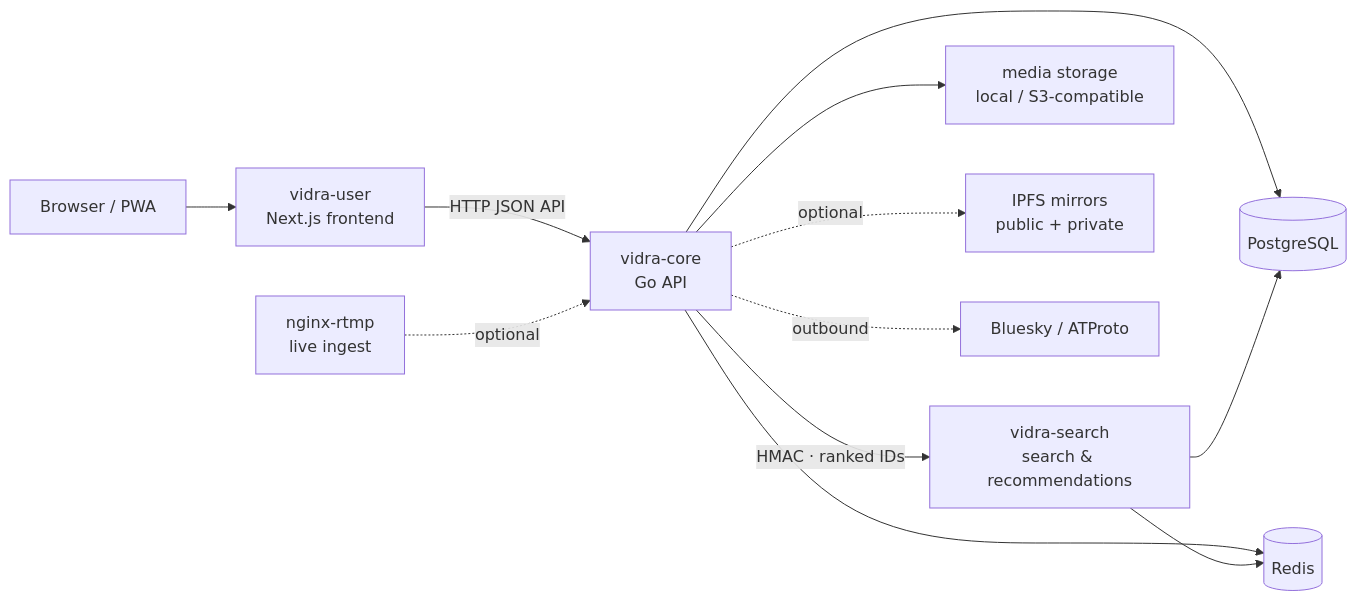
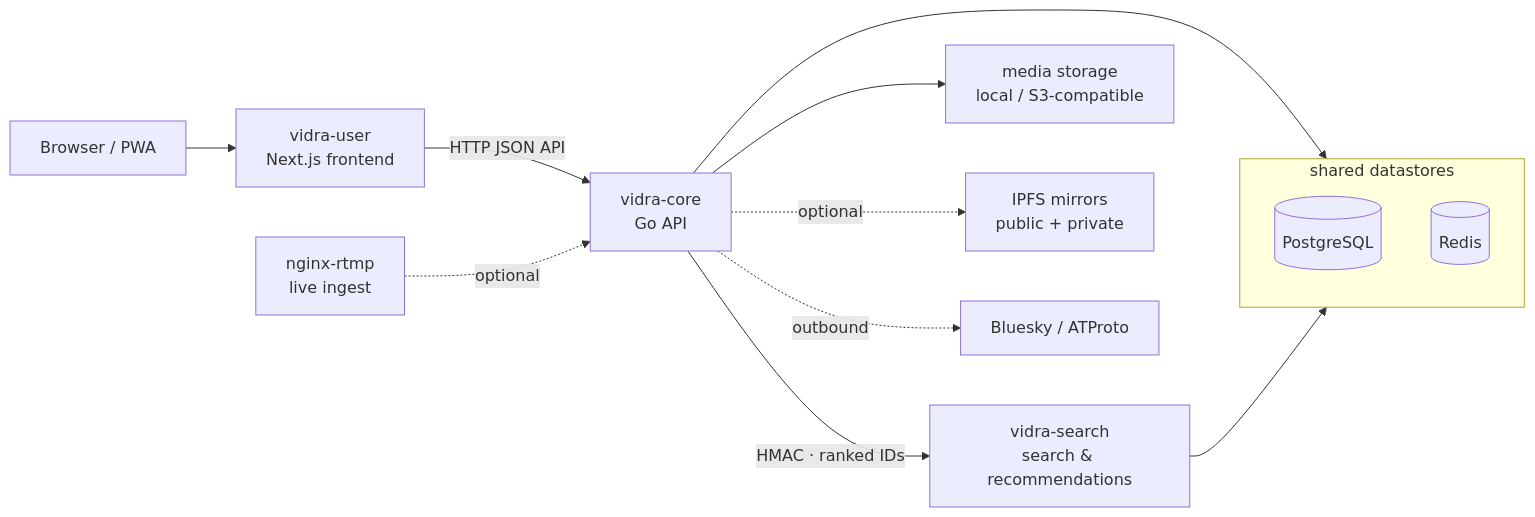
One commit to yegamble/vidra changed the diagram in README.md. Above: the diagram before and after it, drawn with Mermaid.

Commit message:
docs: untangle the architecture diagram — one edge per service to a shared-datastores group
Claude-Session: https://claude.ai/code/session_011WpS2RJarV2tfDFYjYrnFv

````diff
--- a/README.md
+++ b/README.md
@@ -92,14 +92,16 @@
 ```mermaid
 flowchart LR
     B["Browser / PWA"] --> U["vidra-user<br/>Next.js frontend"]
     U -->|"HTTP JSON API"| C["vidra-core<br/>Go API"]
-    C --> P[("PostgreSQL")]
-    C --> R[("Redis")]
     C -->|"HMAC · ranked IDs"| S["vidra-search<br/>search & recommendations"]
-    S --> P
-    S --> R
     C --> M["media storage<br/>local / S3-compatible"]
     C -.->|"optional"| I["IPFS mirrors<br/>public + private"]
     T["nginx-rtmp<br/>live ingest"] -.->|"optional"| C
     C -.->|"outbound"| F["Bluesky / ATProto"]
+    subgraph D["shared datastores"]
+        P[("PostgreSQL")]
+        R[("Redis")]
+    end
+    C --> D
+    S --> D
 ```
````
